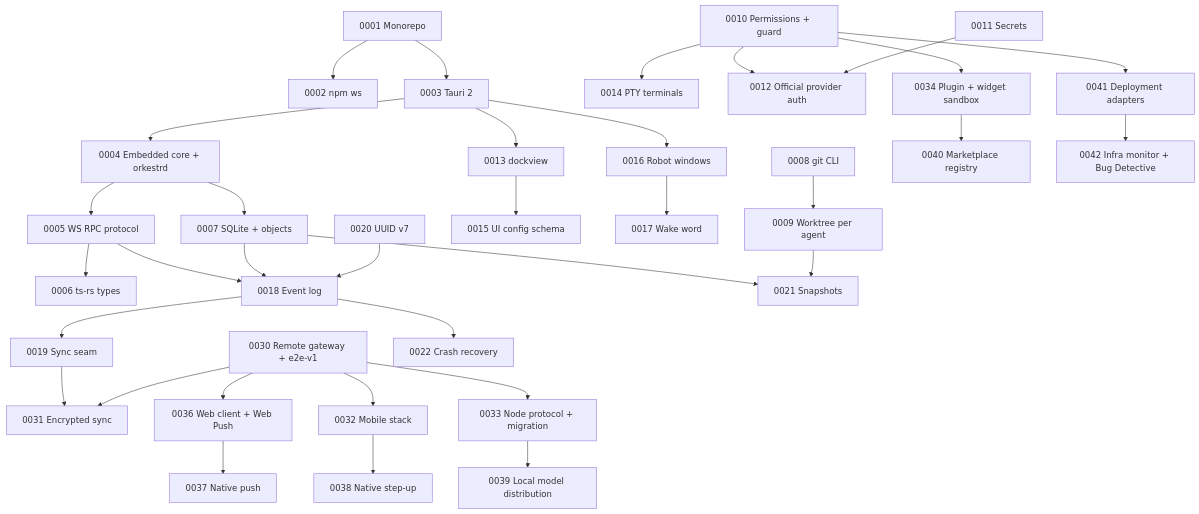
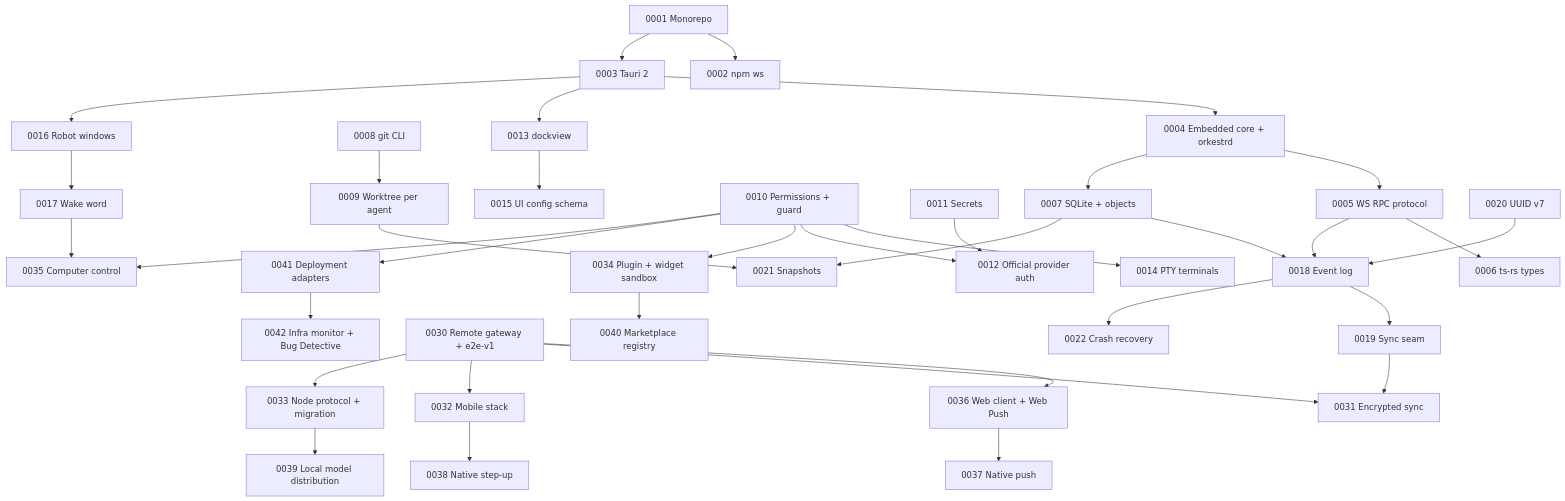
The diagram in docs/adr/README.md (farrukhnosirov/orkestr), drawn with Mermaid before and after one commit. The commit also changed other lines of this file and 17 other files, not shown here.

First line of the commit message:
ADR-0035 Computer Control (accepted, implemented); Assistant mode screenshots en/ru

````diff
--- a/docs/adr/README.md
+++ b/docs/adr/README.md
@@ -79,36 +80,38 @@
 ```mermaid
 flowchart TB
   A1[0001 Monorepo] --> A2[0002 npm ws]
   A1 --> A3[0003 Tauri 2]
   A3 --> A4["0004 Embedded core + orkestrd"]
   A4 --> A5[0005 WS RPC protocol]
   A5 --> A6[0006 ts-rs types]
   A5 --> A18[0018 Event log]
   A4 --> A7["0007 SQLite + objects"]
   A7 --> A18
   A7 --> A21[0021 Snapshots]
   A8[0008 git CLI] --> A9[0009 Worktree per agent]
   A9 --> A21
   A10["0010 Permissions + guard"] --> A14[0014 PTY terminals]
   A10 --> A12[0012 Official provider auth]
   A11[0011 Secrets] --> A12
   A3 --> A13[0013 dockview]
   A13 --> A15[0015 UI config schema]
   A3 --> A16[0016 Robot windows]
   A16 --> A17[0017 Wake word]
   A18 --> A19[0019 Sync seam]
   A19 --> A31[0031 Encrypted sync]
   A30[0030 Remote gateway + e2e-v1] --> A36[0036 Web client + Web Push]
   A30 --> A31
   A30 --> A32[0032 Mobile stack]
   A36 --> A37[0037 Native push]
   A32 --> A38[0038 Native step-up]
   A30 --> A33[0033 Node protocol + migration]
   A33 --> A39[0039 Local model distribution]
   A10 --> A34[0034 Plugin + widget sandbox]
   A34 --> A40[0040 Marketplace registry]
   A10 --> A41[0041 Deployment adapters]
   A41 --> A42[0042 Infra monitor + Bug Detective]
+  A10 --> A35[0035 Computer control]
+  A17 --> A35
   A18 --> A22[0022 Crash recovery]
   A20[0020 UUID v7] --> A18
 ```
````
